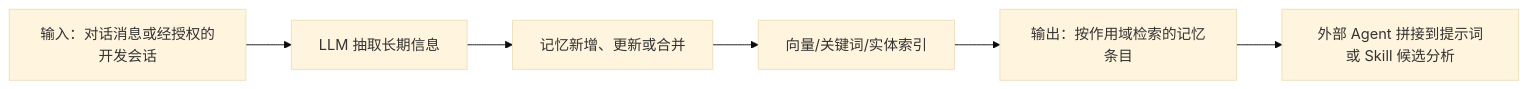
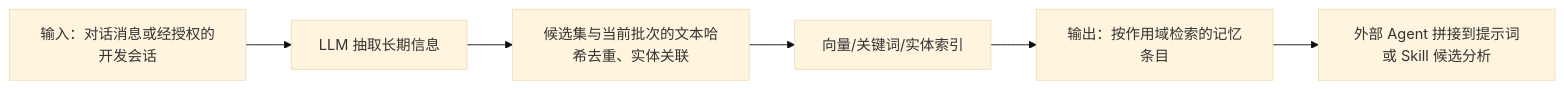
Before and after one commit to Fotally/fotally.github.io: the diagram in content/AI/开发会话与Memory/Memory/Mem0：面向Agent的可插拔长期记忆层.md, drawn with Mermaid (base theme). The commit also changed other lines of this file and 16 other files, not shown here.

````diff
--- a/content/AI/开发会话与Memory/Memory/Mem0：面向Agent的可插拔长期记忆层.md
+++ b/content/AI/开发会话与Memory/Memory/Mem0：面向Agent的可插拔长期记忆层.md
@@ -68,8 +68,8 @@
 ```mermaid
 flowchart LR
   A[输入：对话消息或经授权的开发会话] --> B[LLM 抽取长期信息]
-  B --> C[记忆新增、更新或合并]
+  B --> C[候选集与当前批次的文本哈希去重、实体关联]
   C --> D[向量/关键词/实体索引]
   D --> E[输出：按作用域检索的记忆条目]
   E --> F[外部 Agent 拼接到提示词或 Skill 候选分析]
 ```
````
